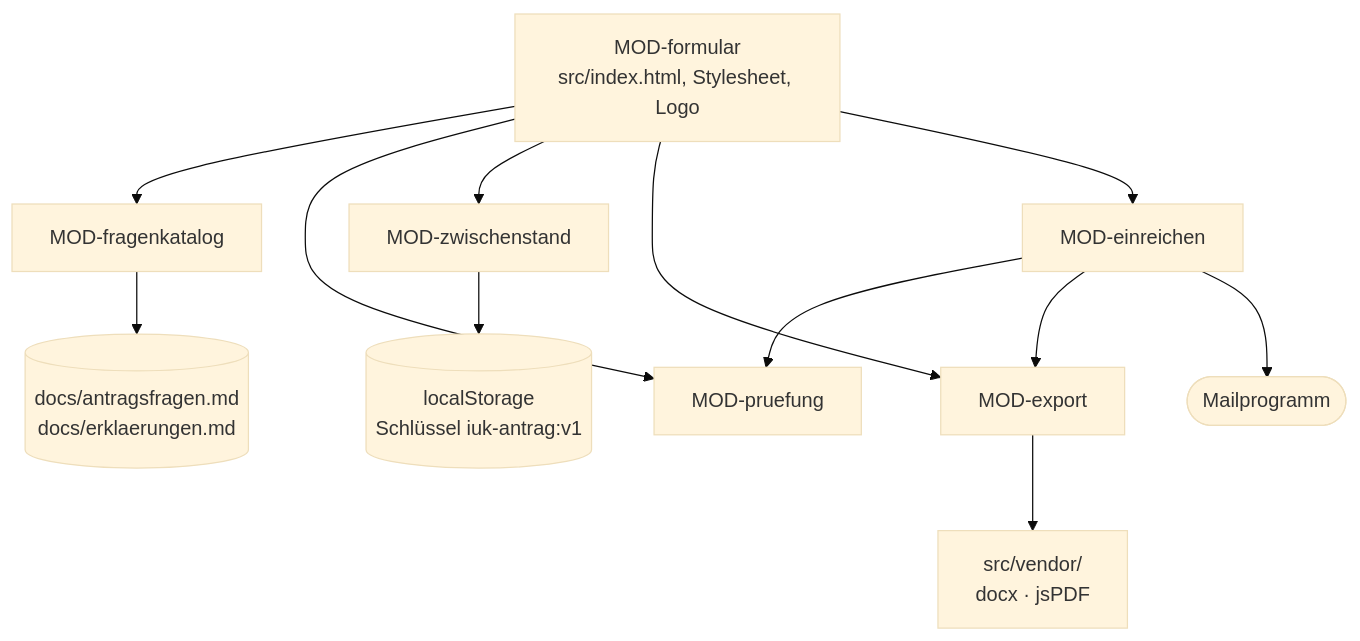
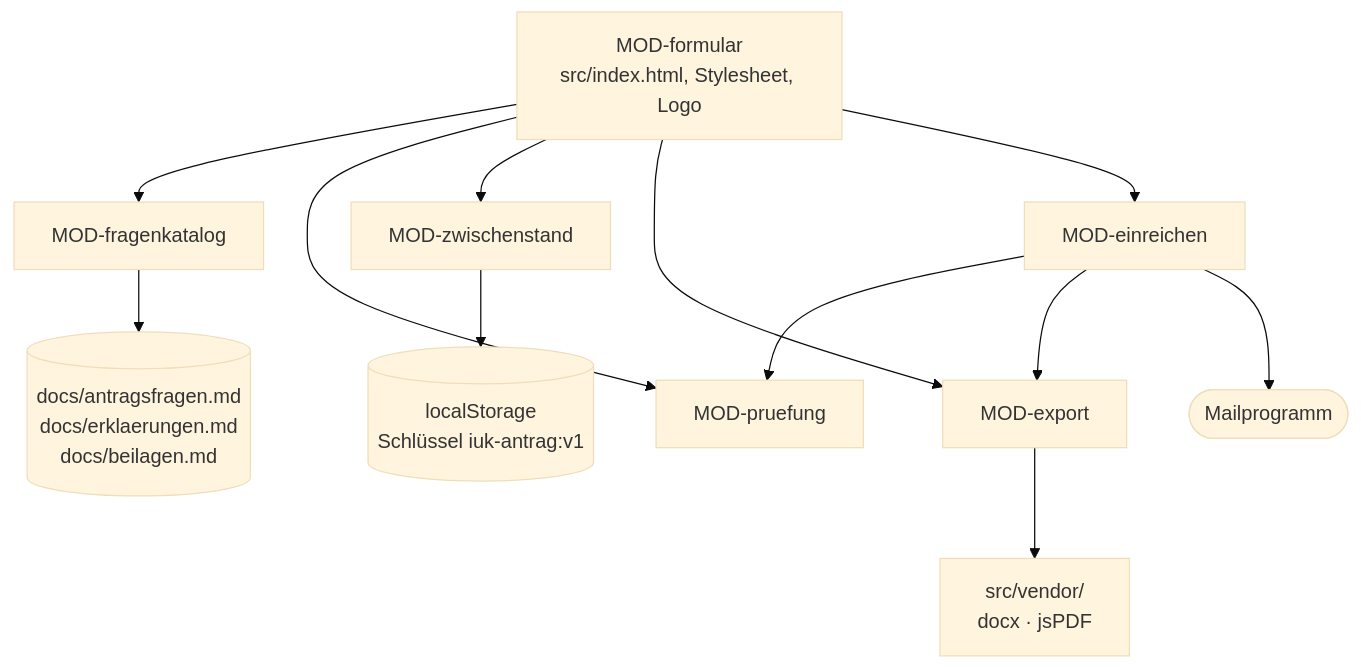
The diagram in docs/architecture/ARC-001-das-antragsformular-als-ganzes.md (monicahinrichs-mayer/Test1), drawn with Mermaid (base theme) before and after one commit. The commit also changed other lines of this file and 9 other files, not shown here.

````diff
--- a/docs/architecture/ARC-001-das-antragsformular-als-ganzes.md
+++ b/docs/architecture/ARC-001-das-antragsformular-als-ganzes.md
@@ -81,21 +83,21 @@
 ```mermaid
 flowchart TD
   seite["MOD-formular<br/>src/index.html, Stylesheet, Logo"]
   katalog["MOD-fragenkatalog"]
   pruefung["MOD-pruefung"]
   stand["MOD-zwischenstand"]
   export["MOD-export"]
   einreichen["MOD-einreichen"]
-  daten[("docs/antragsfragen.md<br/>docs/erklaerungen.md")]
+  daten[("docs/antragsfragen.md<br/>docs/erklaerungen.md<br/>docs/beilagen.md")]
   ls[("localStorage<br/>Schlüssel iuk-antrag:v1")]
   libs["src/vendor/<br/>docx · jsPDF"]
   mail(["Mailprogramm"])
   seite --> katalog --> daten
   seite --> pruefung
   seite --> stand --> ls
   seite --> export --> libs
   seite --> einreichen
   einreichen --> pruefung
   einreichen --> export
   einreichen --> mail
 ```
````
